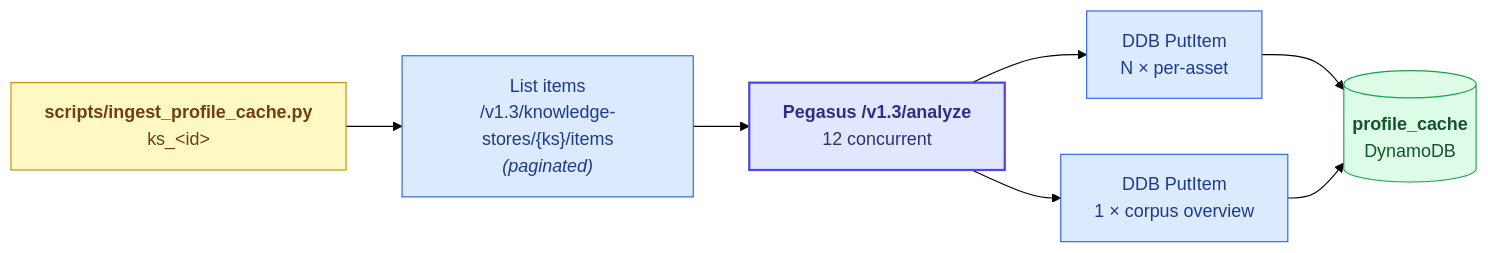
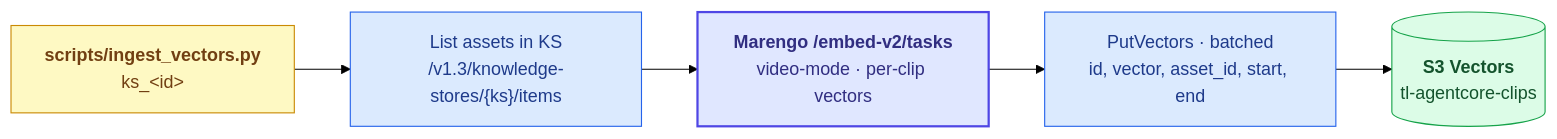
The third of 3 diagrams in docs/whitepaper.md (twelvelabs-io/tl-agentcore), drawn with Mermaid (forest theme) before and after one commit. The commit also changed other lines of this file and 1 other file, not shown here.

First line of the commit message:
Whitepaper: redesign around embedding-RAG over S3 Vectors

````diff
--- a/docs/whitepaper.md
+++ b/docs/whitepaper.md
@@ -193,26 +206,23 @@
 ```mermaid
 flowchart LR
-    Script["<b>scripts/ingest_profile_cache.py</b><br/>ks_&lt;id&gt;"]
-    List["List items<br/>/v1.3/knowledge-stores/{ks}/items<br/><i>(paginated)</i>"]
-    Analyze["<b>Pegasus /v1.3/analyze</b><br/>12 concurrent"]
-    AssetPut["DDB PutItem<br/>N × per-asset"]
-    OverviewPut["DDB PutItem<br/>1 × corpus overview"]
-    Cache[("<b>profile_cache</b><br/>DynamoDB")]
+    Script["<b>scripts/ingest_vectors.py</b><br/>ks_&lt;id&gt;"]
+    List["List assets in KS<br/>/v1.3/knowledge-stores/{ks}/items"]
+    Embed["<b>Marengo /embed-v2/tasks</b><br/>video-mode · per-clip vectors"]
+    Batch["PutVectors · batched<br/>id, vector, asset_id, start, end"]
+    Index[("<b>S3 Vectors</b><br/>tl-agentcore-clips")]
 
     Script --> List
-    List --> Analyze
-    Analyze --> AssetPut
-    Analyze --> OverviewPut
-    AssetPut --> Cache
-    OverviewPut --> Cache
+    List --> Embed
+    Embed --> Batch
+    Batch --> Index
 
     classDef script fill:#fef9c3,stroke:#ca8a04,stroke-width:1px,color:#713f12
     classDef step   fill:#dbeafe,stroke:#2563eb,stroke-width:1px,color:#1e3a8a
     classDef hero   fill:#e0e7ff,stroke:#4f46e5,stroke-width:2px,color:#312e81
     classDef store  fill:#dcfce7,stroke:#16a34a,stroke-width:1px,color:#14532d
 
     class Script script
-    class List,AssetPut,OverviewPut step
-    class Analyze hero
-    class Cache store
+    class List,Batch step
+    class Embed hero
+    class Index store
 ```
````
